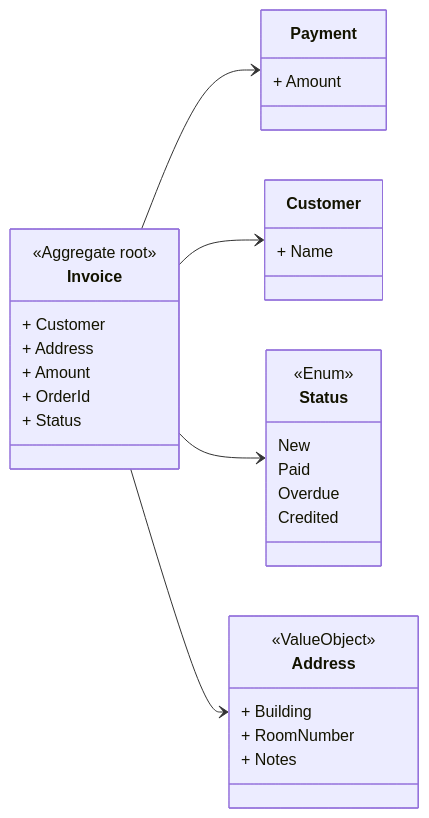
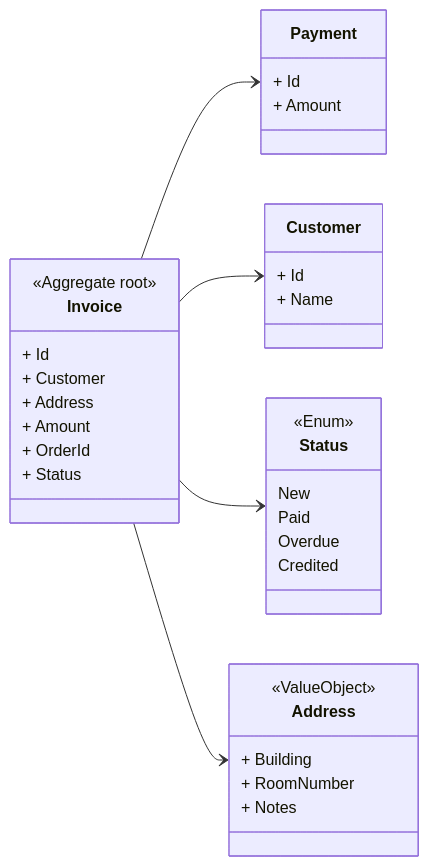
The diagram in Lab3/docs/6.mmd (fatimamatieva/DAT240_ASSIGNMENTS), drawn with Mermaid before and after one commit. The commit also changed 15 other files, not shown here.

```diff
--- a/Lab3/docs/6.mmd
+++ b/Lab3/docs/6.mmd
@@ -1,35 +1,38 @@
 
 classDiagram
     direction LR
     class Invoice {
         <<Aggregate root>>
+        + Id
         + Customer
         + Address
         + Amount
         + OrderId
         + Status
     }
     class Payment {
+        + Id
         + Amount
     }
     class Customer {
+        + Id
         + Name
     }
     class Status {
         <<Enum>>
         New
         Paid
         Overdue
         Credited
     }
     class Address {
         <<ValueObject>>
         + Building
         + RoomNumber
         + Notes
     }
 
     Invoice --> Payment
     Invoice --> Customer
     Invoice --> Status
     Invoice --> Address
```
